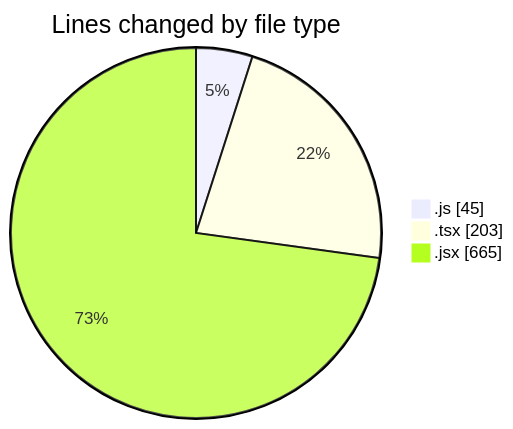
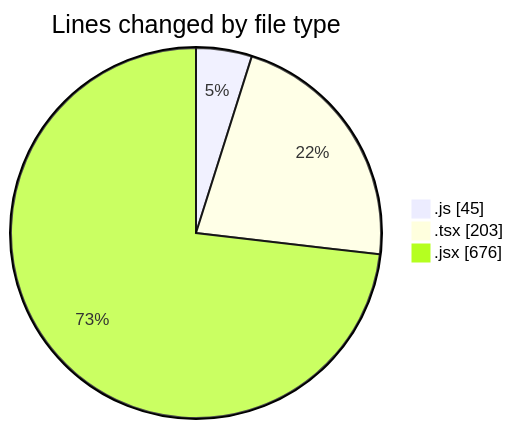
The first of 2 diagrams in 2026-01-09/nxtqube_webapp/README.md (nxtqubesakshisongat/code-tracking), drawn with Mermaid before and after one commit. The commit also changed other lines of this file and 1 other file, not shown here.

````diff
--- a/2026-01-09/nxtqube_webapp/README.md
+++ b/2026-01-09/nxtqube_webapp/README.md
@@ -23,7 +23,7 @@
 ```mermaid
 pie showData
 title Lines changed by file type
 ".js" : 45
 ".tsx" : 203
-".jsx" : 665
+".jsx" : 676
 ```
````
